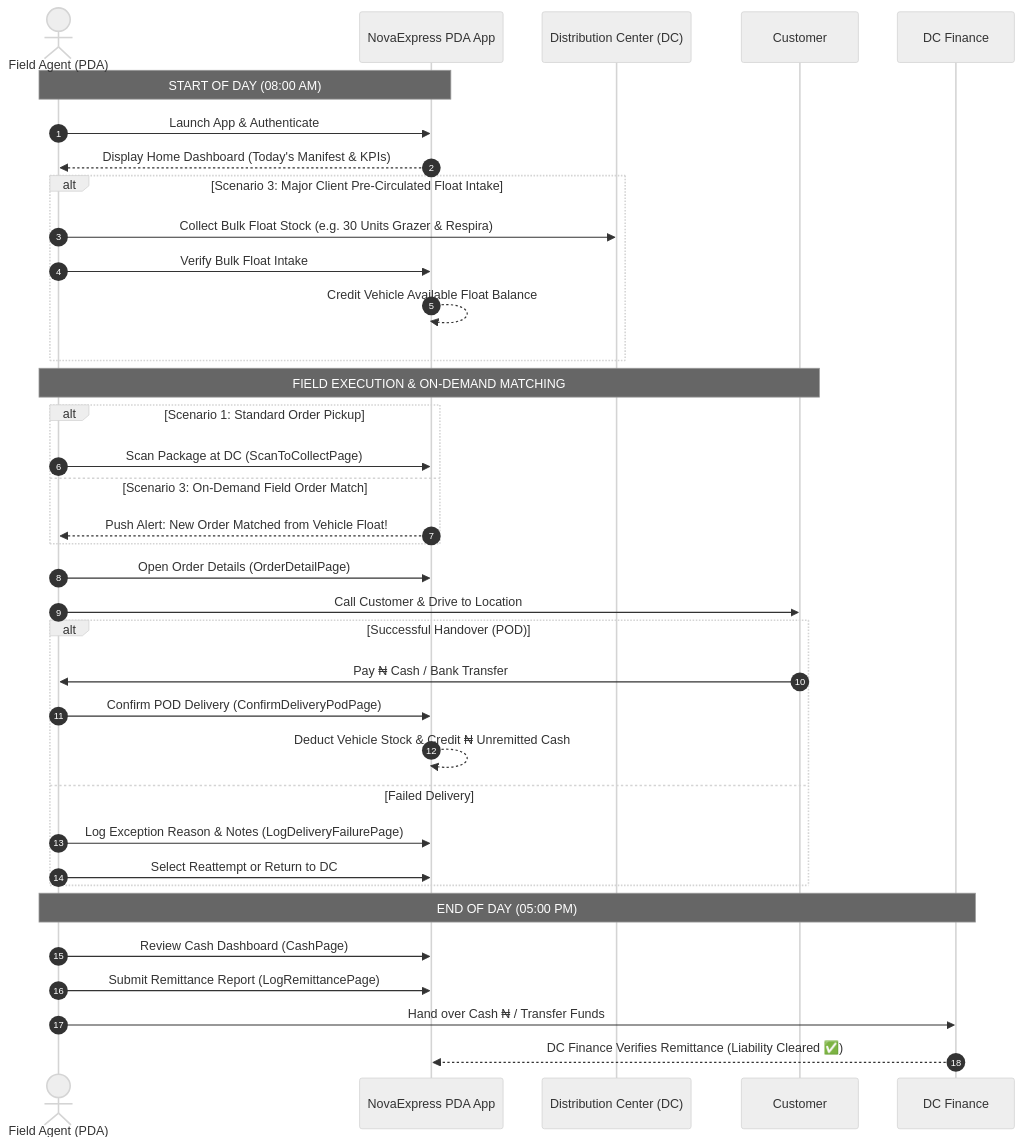
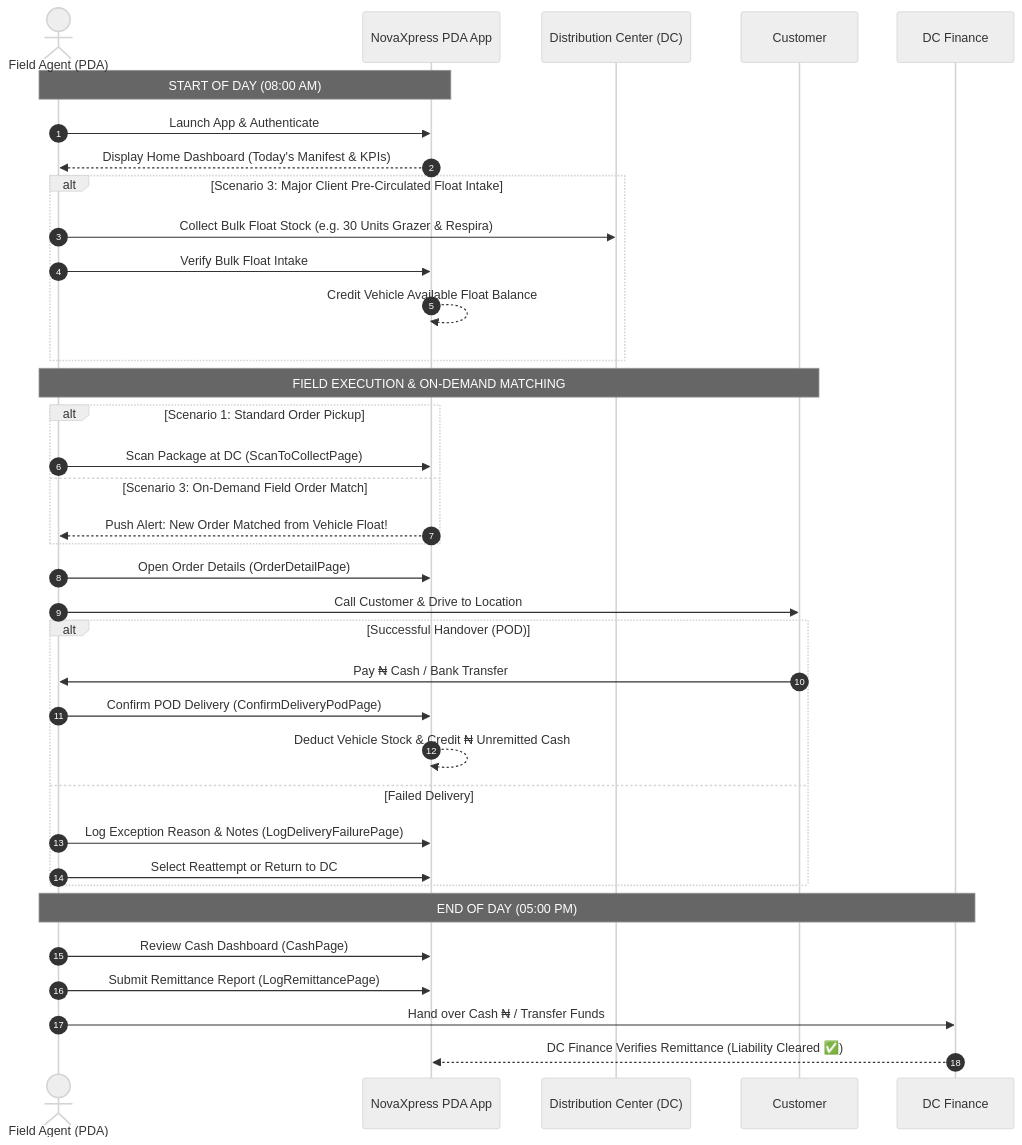
The diagram in DOCUMENTATION/WORKFLOW/01_overview_and_daily_journey.md (odufu/novaexpress), drawn with Mermaid (neutral theme) before and after one commit. The commit also changed other lines of this file and 181 other files, not shown here.

````diff
--- a/DOCUMENTATION/WORKFLOW/01_overview_and_daily_journey.md
+++ b/DOCUMENTATION/WORKFLOW/01_overview_and_daily_journey.md
@@ -14,44 +14,44 @@
 ```mermaid
 sequenceDiagram
     autonumber
     actor PDA as Field Agent (PDA)
-    participant App as NovaExpress PDA App
+    participant App as NovaXpress PDA App
     participant DC as Distribution Center (DC)
     participant Cust as Customer
     participant Fin as DC Finance
 
     Note over PDA, App: START OF DAY (08:00 AM)
     PDA->>App: Launch App & Authenticate
     App-->>PDA: Display Home Dashboard (Today's Manifest & KPIs)
     
     alt Scenario 3: Major Client Pre-Circulated Float Intake
         PDA->>DC: Collect Bulk Float Stock (e.g. 30 Units Grazer & Respira)
         PDA->>App: Verify Bulk Float Intake
         App-->>App: Credit Vehicle Available Float Balance
     end
     
     Note over PDA, Cust: FIELD EXECUTION & ON-DEMAND MATCHING
     alt Scenario 1: Standard Order Pickup
         PDA->>App: Scan Package at DC (ScanToCollectPage)
     else Scenario 3: On-Demand Field Order Match
         App-->>PDA: Push Alert: New Order Matched from Vehicle Float!
     end
 
     PDA->>App: Open Order Details (OrderDetailPage)
     PDA->>Cust: Call Customer & Drive to Location
     
     alt Successful Handover (POD)
         Cust->>PDA: Pay ₦ Cash / Bank Transfer
         PDA->>App: Confirm POD Delivery (ConfirmDeliveryPodPage)
         App-->>App: Deduct Vehicle Stock & Credit ₦ Unremitted Cash
     else Failed Delivery
         PDA->>App: Log Exception Reason & Notes (LogDeliveryFailurePage)
         PDA->>App: Select Reattempt or Return to DC
     end
 
     Note over PDA, Fin: END OF DAY (05:00 PM)
     PDA->>App: Review Cash Dashboard (CashPage)
     PDA->>App: Submit Remittance Report (LogRemittancePage)
     PDA->>Fin: Hand over Cash ₦ / Transfer Funds
     Fin-->>App: DC Finance Verifies Remittance (Liability Cleared ✅)
 ```
````
